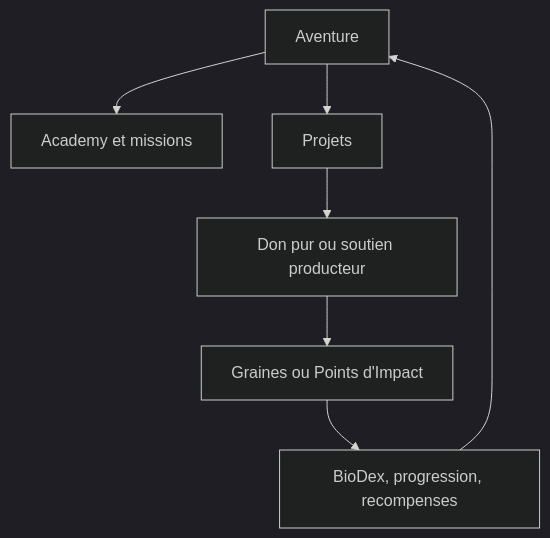
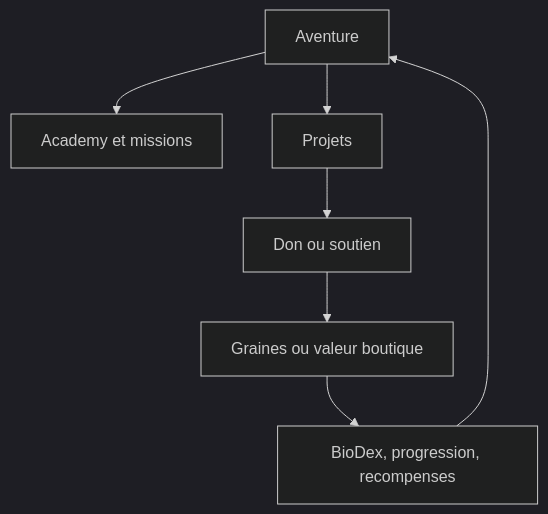
The diagram in apps/web-client/doc/02-PRODUIT.md (krynskibartosz/make-the-change), drawn with Mermaid (dark theme) before and after one commit. The commit also changed other lines of this file and 8 other files, not shown here.

````diff
--- a/apps/web-client/doc/02-PRODUIT.md
+++ b/apps/web-client/doc/02-PRODUIT.md
@@ -13,9 +13,9 @@
 ```mermaid
 flowchart TD
   A["Aventure"] --> B["Academy et missions"]
   A --> C["Projets"]
-  C --> D["Don pur ou soutien producteur"]
-  D --> E["Graines ou Points d'Impact"]
+  C --> D["Don ou soutien"]
+  D --> E["Graines ou valeur boutique"]
   E --> F["BioDex, progression, recompenses"]
   F --> A
 ```
````
